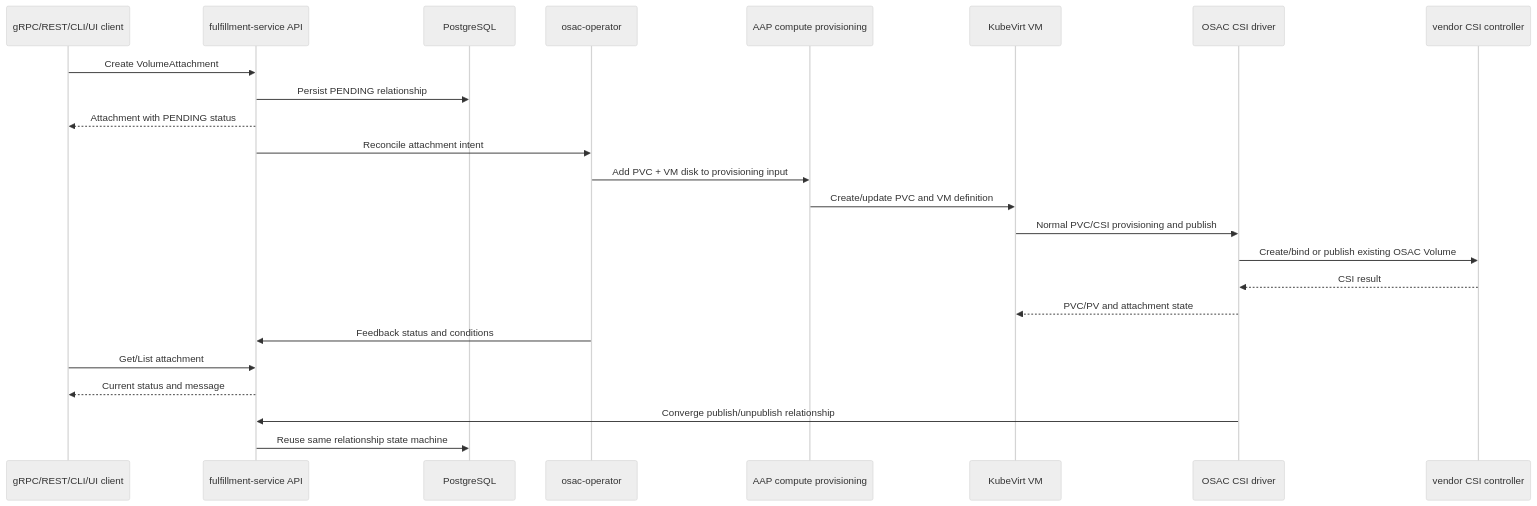
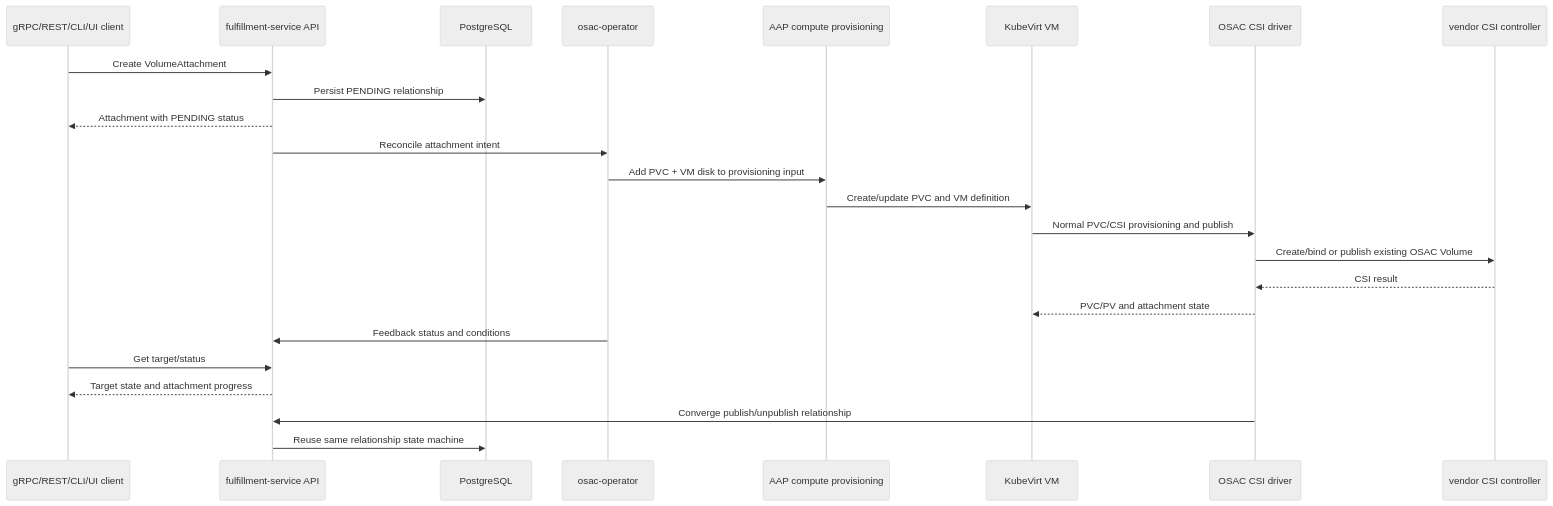
One commit to osac-project/enhancement-proposals changed the diagram in enhancements/OSAC-4884-volume-api-storage-attach-detach/design.md. Above: the diagram before and after it, drawn with Mermaid (neutral theme). The commit also changed other lines of this file and 1 other file, not shown here.

Commit message:
OSAC-4884: make target APIs own attachment intent

````diff
--- a/enhancements/OSAC-4884-volume-api-storage-attach-detach/design.md
+++ b/enhancements/OSAC-4884-volume-api-storage-attach-detach/design.md
@@ -100,27 +100,27 @@
 ```mermaid
 sequenceDiagram
     participant Client as gRPC/REST/CLI/UI client
     participant API as fulfillment-service API
     participant DB as PostgreSQL
     participant Operator as osac-operator
     participant AAP as AAP compute provisioning
     participant KubeVirt as KubeVirt VM
     participant CSI as OSAC CSI driver
     participant Vendor as vendor CSI controller
 
     Client->>API: Create VolumeAttachment
     API->>DB: Persist PENDING relationship
     API-->>Client: Attachment with PENDING status
     API->>Operator: Reconcile attachment intent
     Operator->>AAP: Add PVC + VM disk to provisioning input
     AAP->>KubeVirt: Create/update PVC and VM definition
     KubeVirt->>CSI: Normal PVC/CSI provisioning and publish
     CSI->>Vendor: Create/bind or publish existing OSAC Volume
     Vendor-->>CSI: CSI result
     CSI-->>KubeVirt: PVC/PV and attachment state
     Operator->>API: Feedback status and conditions
-    Client->>API: Get/List attachment
-    API-->>Client: Current status and message
+    Client->>API: Get target/status
+    API-->>Client: Target state and attachment progress
     CSI->>API: Converge publish/unpublish relationship
     API->>DB: Reuse same relationship state machine
 ```
````
